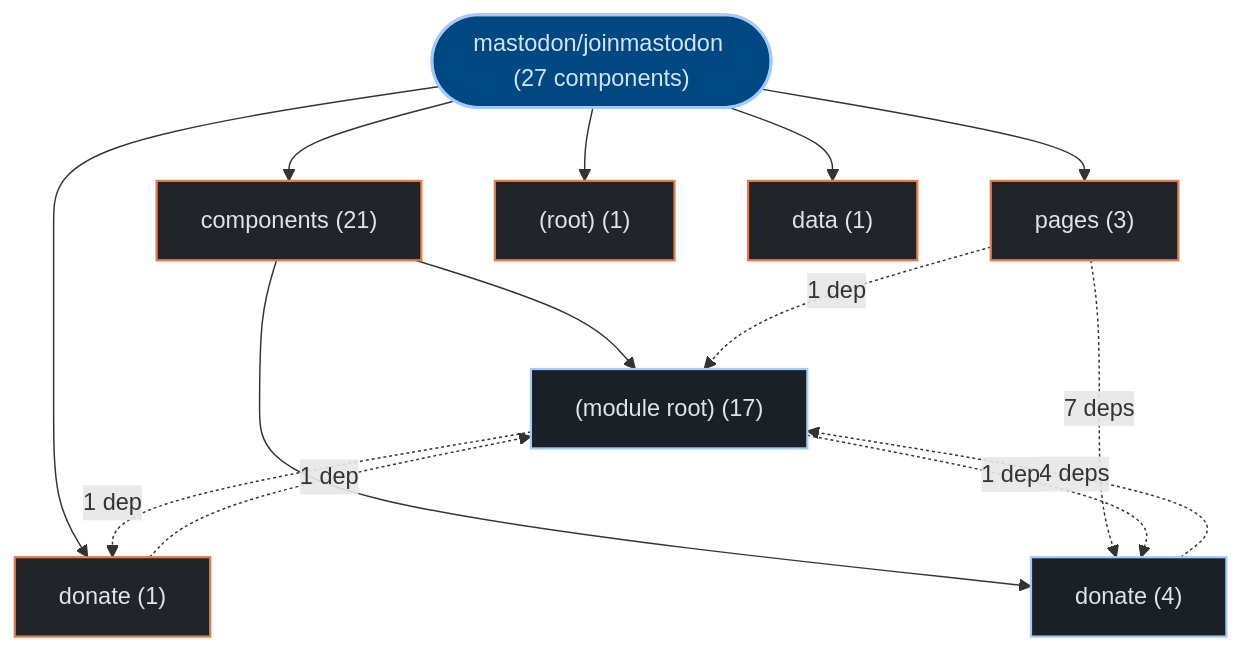
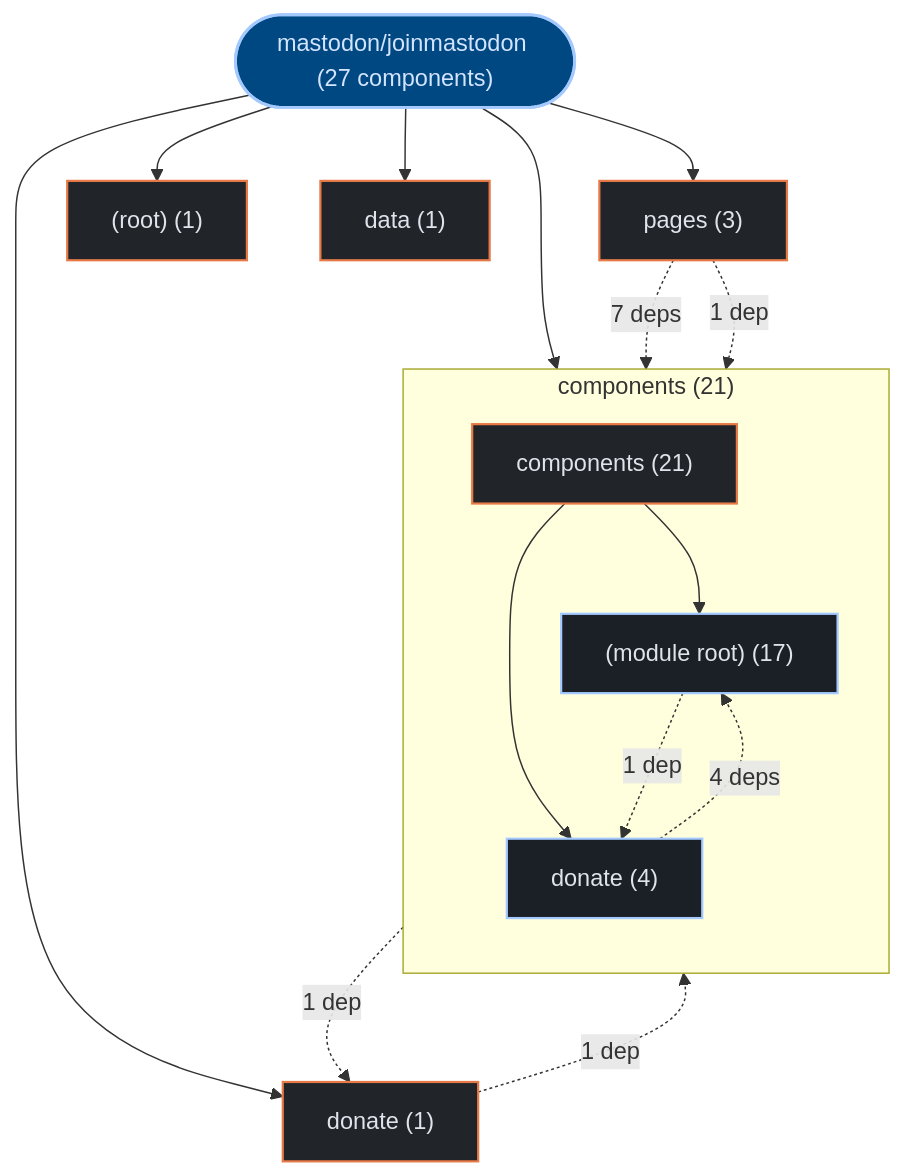
One commit to kumarshaz/atruss-code-atlas changed the first of 3 diagrams in exports/latest/reports/mastodon-joinmastodon-report.md. Above: the diagram before and after it, drawn with Mermaid. The commit also changed 178 other files, not shown here.

Commit message:
feat(ui,mermaid): upgrade to mermaid v12 + ELK layout, add orgs-summary + pagination, subgraph building blocks, fix tab alignment

````diff
--- a/exports/latest/reports/mastodon-joinmastodon-report.md
+++ b/exports/latest/reports/mastodon-joinmastodon-report.md
@@ -41,31 +41,34 @@
 ```mermaid
 graph TD;
   classDef atlasRoot fill:#004882,stroke:#a3c9ff,stroke-width:2px,color:#d3e4ff
   classDef atlasCategory fill:#212428,stroke:#E87A48,stroke-width:1.5px,color:#dfe3eb
   classDef atlasWorkflow fill:#1b2026,stroke:#a3c9ff,stroke-width:1.5px,color:#dfe3eb
   classDef atlasJob fill:#171c22,stroke:#8d9199,stroke-width:1px,color:#dfe3eb
   classDef atlasTarget fill:#005227,stroke:#8bd99b,stroke-width:1.5px,color:#a7f6b6
   classDef atlasAlert fill:#93000a,stroke:#ffb4ab,stroke-width:1.5px,color:#ffdad6
   classDef atlasMore fill:#252a31,stroke:#8d9199,stroke-dasharray:4 4,color:#c3c6cf
     repo_root(["mastodon/joinmastodon (27 components)"]):::atlasRoot
-    dir_0_components["components (21)"]:::atlasCategory
+    subgraph sg_dir_0_components["components (21)"]
+      direction TB
+      dir_0_components["components (21)"]:::atlasCategory
+      sub_0_0__module_root_["(module root) (17)"]:::atlasWorkflow
+      dir_0_components --> sub_0_0__module_root_
+      sub_0_1_donate["donate (4)"]:::atlasWorkflow
+      dir_0_components --> sub_0_1_donate
+    end
     repo_root --> dir_0_components
-    sub_0_0__module_root_["(module root) (17)"]:::atlasWorkflow
-    dir_0_components --> sub_0_0__module_root_
-    sub_0_1_donate["donate (4)"]:::atlasWorkflow
-    dir_0_components --> sub_0_1_donate
     dir_1_pages["pages (3)"]:::atlasCategory
     repo_root --> dir_1_pages
     dir_2__root_["(root) (1)"]:::atlasCategory
     repo_root --> dir_2__root_
     dir_3_data["data (1)"]:::atlasCategory
     repo_root --> dir_3_data
     dir_4_donate["donate (1)"]:::atlasCategory
     repo_root --> dir_4_donate
     dir_1_pages -.->|"7 deps"| sub_0_1_donate
     sub_0_1_donate -.->|"4 deps"| sub_0_0__module_root_
     dir_1_pages -.->|"1 dep"| sub_0_0__module_root_
     dir_4_donate -.->|"1 dep"| sub_0_0__module_root_
     sub_0_0__module_root_ -.->|"1 dep"| dir_4_donate
     sub_0_0__module_root_ -.->|"1 dep"| sub_0_1_donate
 ```
````
